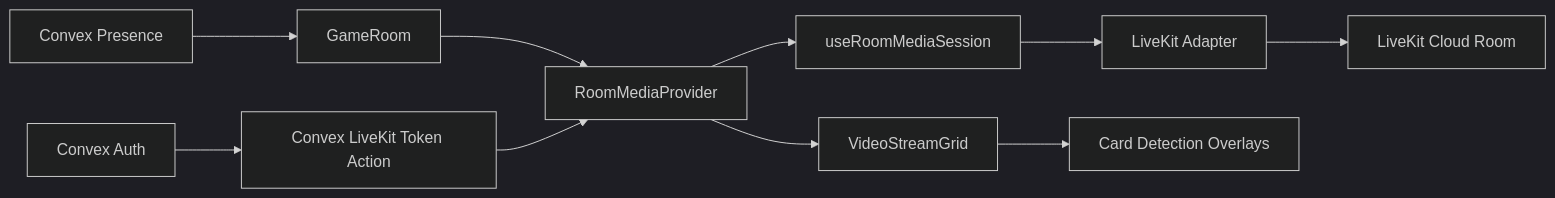
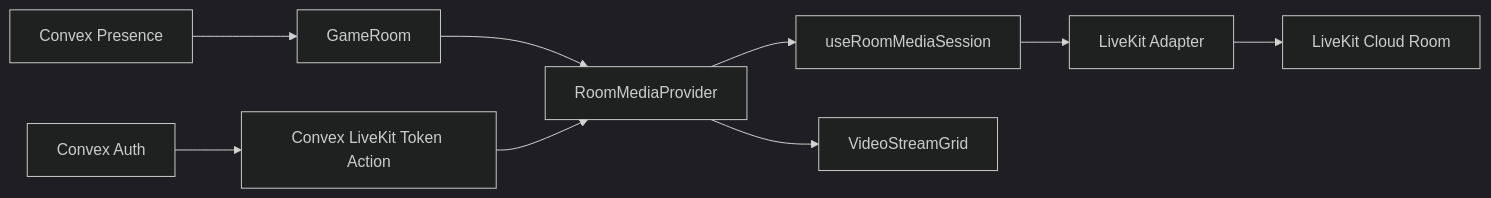
One commit to FrimJo/spell-coven-mono changed the diagram in .cursor/plans/livekit_cloud_18bb334d.plan.md. Above: the diagram before and after it, drawn with Mermaid (dark theme). The commit also changed other lines of this file, not shown here.

````diff
--- a/.cursor/plans/livekit_cloud_18bb334d.plan.md
+++ b/.cursor/plans/livekit_cloud_18bb334d.plan.md
@@ -55,12 +55,11 @@
 ```mermaid
 flowchart LR
   ConvexAuth[Convex Auth] --> MediaAction[Convex LiveKit Token Action]
   Presence[Convex Presence] --> GameRoom[GameRoom]
   GameRoom --> MediaProvider[RoomMediaProvider]
   MediaAction --> MediaProvider
   MediaProvider --> MediaSession[useRoomMediaSession]
   MediaSession --> LiveKitAdapter[LiveKit Adapter]
   LiveKitAdapter --> LiveKitCloud[LiveKit Cloud Room]
   MediaProvider --> VideoGrid[VideoStreamGrid]
-  VideoGrid --> CardDetector[Card Detection Overlays]
 ```
````
